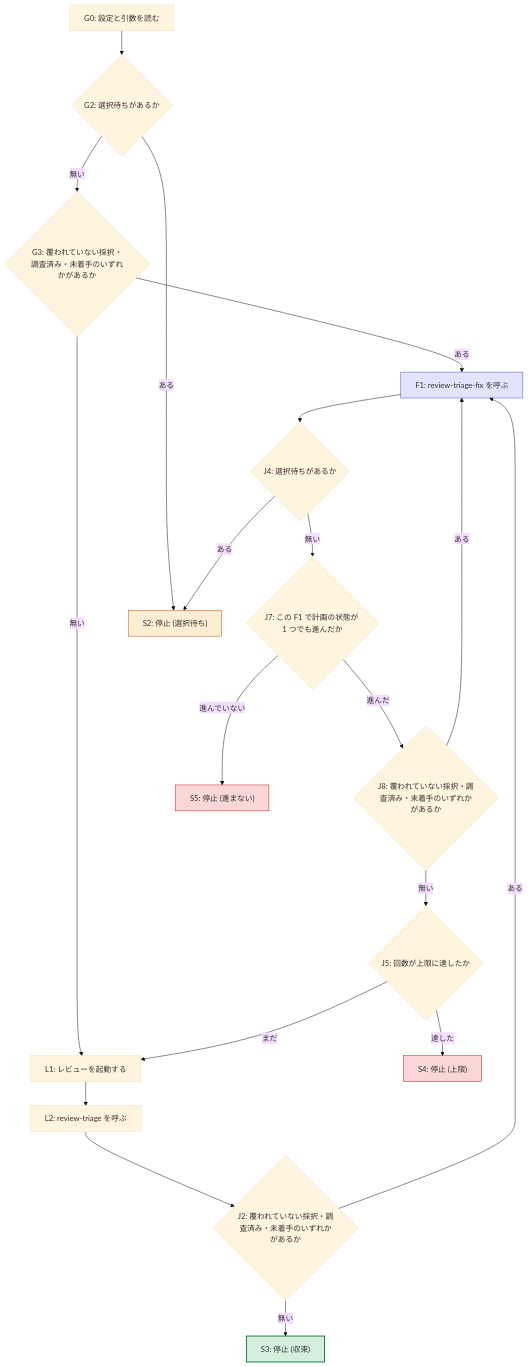
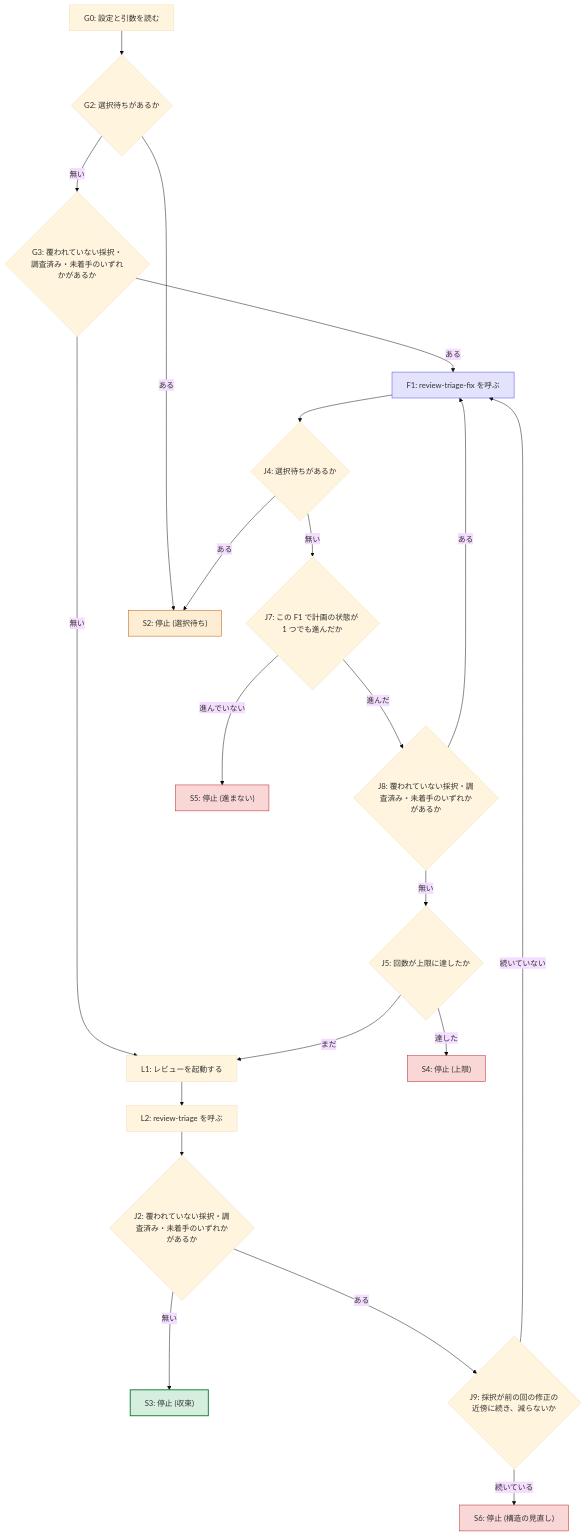
One commit to akm/claude-plugins changed the diagram in review-triage/skills/review-triage-loop/references/loop-flow.md. Above: the diagram before and after it, drawn with Mermaid (base theme). The commit also changed other lines of this file and 4 other files, not shown here.

````diff
--- a/review-triage/skills/review-triage-loop/references/loop-flow.md
+++ b/review-triage/skills/review-triage-loop/references/loop-flow.md
@@ -20,43 +21,48 @@
 ```mermaid
 flowchart TD
   G0["G0: 設定と引数を読む"]
   G2{"G2: 選択待ちがあるか"}
   G3{"G3: 覆われていない採択・調査済み・未着手のいずれかがあるか"}
   L1["L1: レビューを起動する"]
   L2["L2: review-triage を呼ぶ"]
   J2{"J2: 覆われていない採択・調査済み・未着手のいずれかがあるか"}
   F1["F1: review-triage-fix を呼ぶ"]
   J4{"J4: 選択待ちがあるか"}
   J7{"J7: この F1 で計画の状態が 1 つでも進んだか"}
   J8{"J8: 覆われていない採択・調査済み・未着手のいずれかがあるか"}
   J5{"J5: 回数が上限に達したか"}
   S2["S2: 停止 (選択待ち)"]
   S3["S3: 停止 (収束)"]
   S4["S4: 停止 (上限)"]
   S5["S5: 停止 (進まない)"]
+  J9{"J9: 採択が前の回の修正の近傍に続き、減らないか"}
+  S6["S6: 停止 (構造の見直し)"]
 
   G0 --> G2
   G2 -- ある --> S2
   G2 -- 無い --> G3
   G3 -- ある --> F1
   G3 -- 無い --> L1
   L1 --> L2
   L2 --> J2
-  J2 -- ある --> F1
+  J2 -- ある --> J9
+  J9 -- 続いている --> S6
+  J9 -- 続いていない --> F1
   J2 -- 無い --> S3
   F1 --> J4
   J4 -- ある --> S2
   J4 -- 無い --> J7
   J7 -- 進んでいない --> S5
   J7 -- 進んだ --> J8
   J8 -- ある --> F1
   J8 -- 無い --> J5
   J5 -- 達した --> S4
   J5 -- まだ --> L1
 
   style S2 fill:#f59e0b2e,stroke:#b45309
   style S3 fill:#16a34a2e,stroke:#16803c,stroke-width:2px
   style S4 fill:#dc26262e,stroke:#b91c1c
   style S5 fill:#dc26262e,stroke:#b91c1c
+  style S6 fill:#dc26262e,stroke:#b91c1c
   style F1 fill:#6366f12e,stroke:#4f46e5
 ```
````
